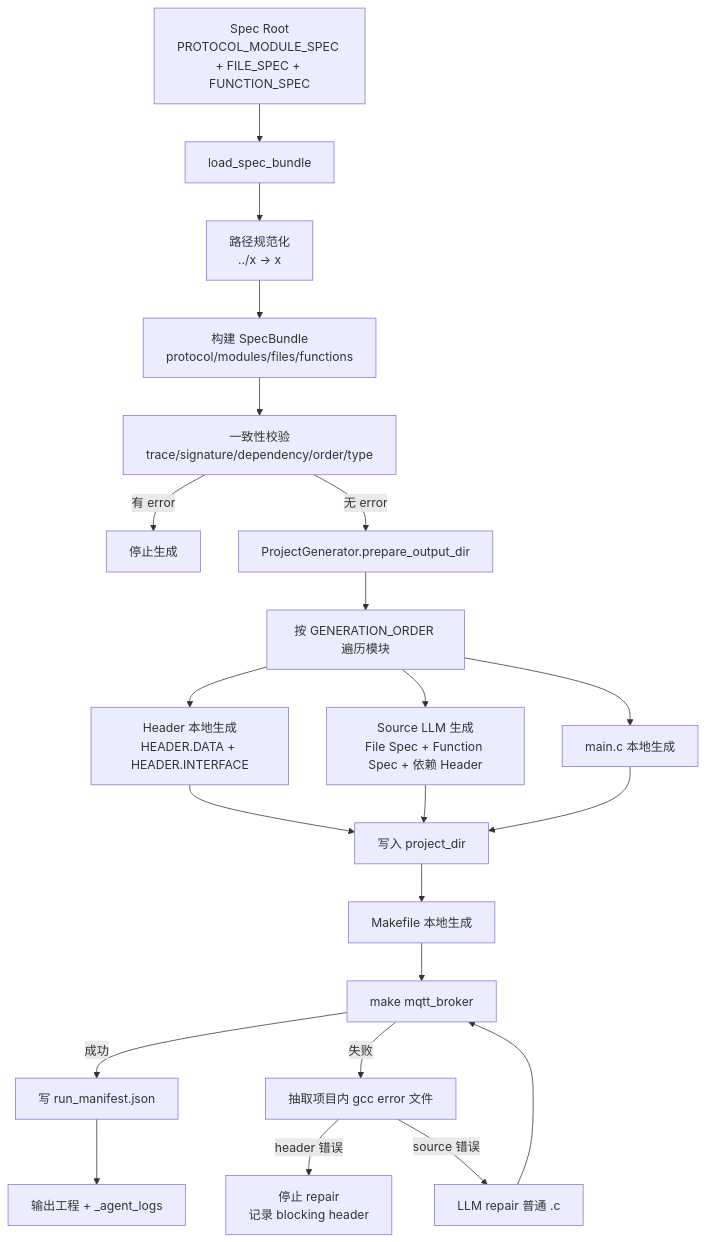
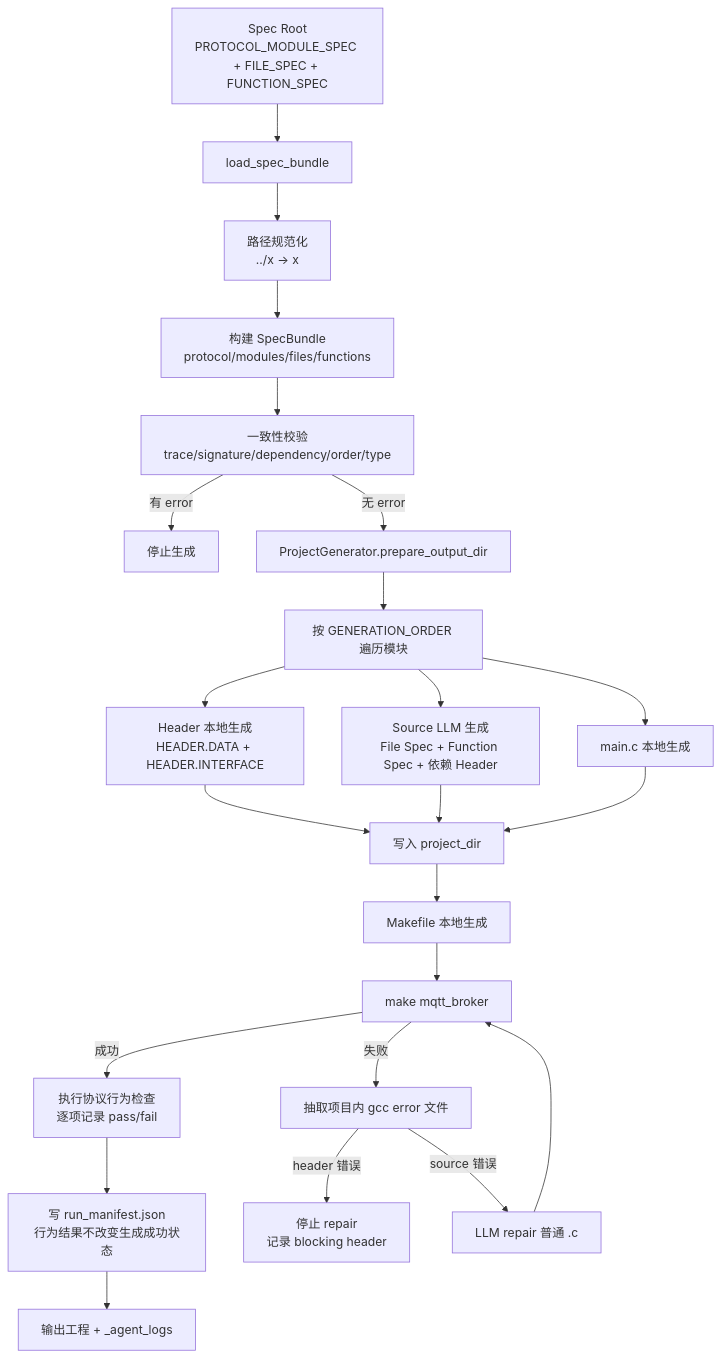
Before and after one commit to Assassin187/SpecForge: the first of 3 diagrams in agent/coder/README.md, drawn with Mermaid. The commit also changed other lines of this file and 37 other files, not shown here.

````diff
--- a/agent/coder/README.md
+++ b/agent/coder/README.md
@@ -17,29 +17,30 @@
 ```mermaid
 flowchart TD
     B[Spec Root<br/>PROTOCOL_MODULE_SPEC + FILE_SPEC + FUNCTION_SPEC] --> C[load_spec_bundle]
 
     C --> D[路径规范化<br/>../x -> x]
     D --> E[构建 SpecBundle<br/>protocol/modules/files/functions]
     E --> F[一致性校验<br/>trace/signature/dependency/order/type]
 
     F -->|有 error| X[停止生成]
     F -->|无 error| G[ProjectGenerator.prepare_output_dir]
 
     G --> H[按 GENERATION_ORDER 遍历模块]
     H --> I[Header 本地生成<br/>HEADER.DATA + HEADER.INTERFACE]
     H --> J[Source LLM 生成<br/>File Spec + Function Spec + 依赖 Header]
     H --> K[main.c 本地生成]
 
     I --> L[写入 project_dir]
     J --> L
     K --> L
     L --> M[Makefile 本地生成]
     M --> N[make mqtt_broker]
 
-    N -->|成功| O[写 run_manifest.json]
+    N -->|成功| V[执行协议行为检查<br/>逐项记录 pass/fail]
+    V --> O[写 run_manifest.json<br/>行为结果不改变生成成功状态]
     N -->|失败| P[抽取项目内 gcc error 文件]
     P -->|header 错误| X2[停止 repair<br/>记录 blocking header]
     P -->|source 错误| Q[LLM repair 普通 .c]
     Q --> N
     O --> R[输出工程 + _agent_logs]
 ```
````
